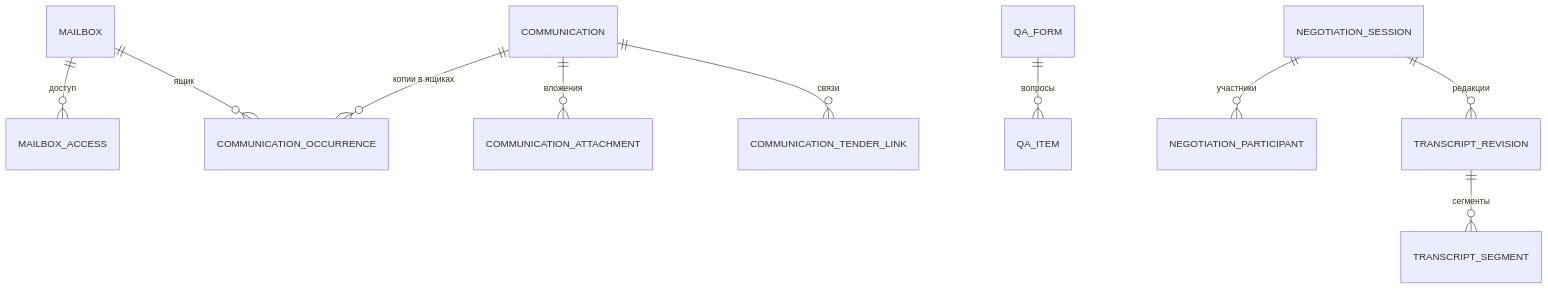
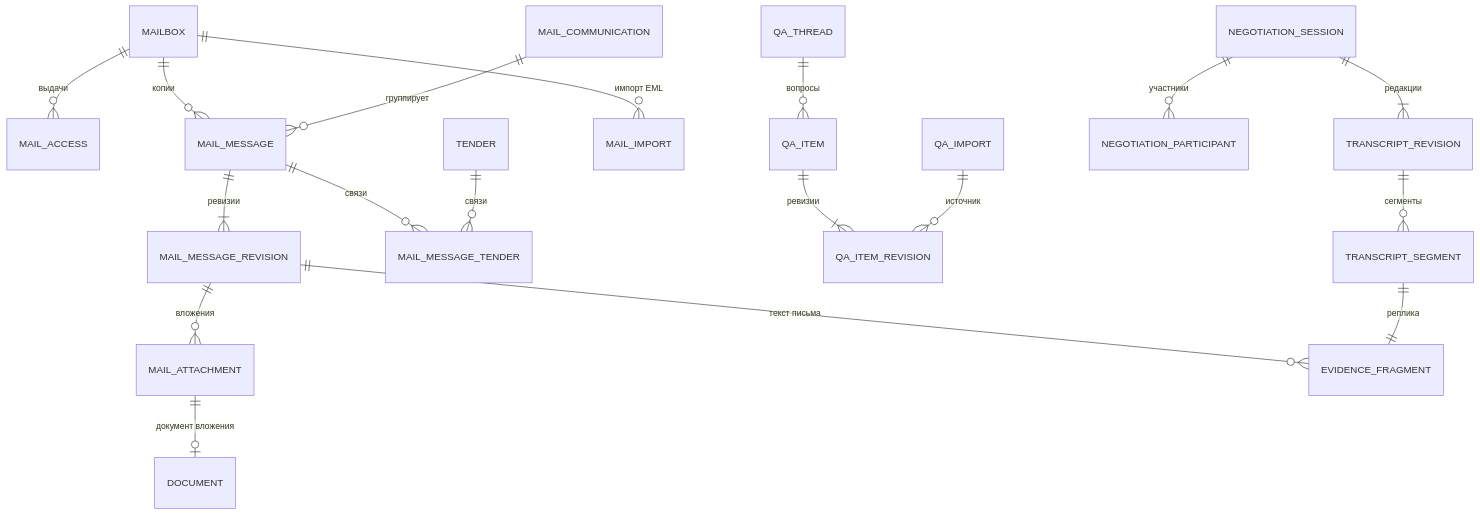
One commit to baldmaxim/ConturKP changed the fifth of 5 diagrams in docs/architecture/data-model.md. Above: the diagram before and after it, drawn with Mermaid. The commit also changed other lines of this file and 65 other files, not shown here.

Commit message:
Этап 07: интерфейс почты, вопросов–ответов и переговоров; реплика переговоров в ветке тендера (И-07-7) и пометка расхождения ревизии (И-07-2); документы, отчёт и журналы проверок для Review 07-1.

````diff
--- a/docs/architecture/data-model.md
+++ b/docs/architecture/data-model.md
@@ -143,12 +145,20 @@
 ```mermaid
 erDiagram
-  MAILBOX ||--o{ MAILBOX_ACCESS : "доступ"
-  COMMUNICATION ||--o{ COMMUNICATION_OCCURRENCE : "копии в ящиках"
-  MAILBOX ||--o{ COMMUNICATION_OCCURRENCE : "ящик"
-  COMMUNICATION ||--o{ COMMUNICATION_ATTACHMENT : "вложения"
-  COMMUNICATION ||--o{ COMMUNICATION_TENDER_LINK : "связи"
-  QA_FORM ||--o{ QA_ITEM : "вопросы"
+  MAILBOX ||--o{ MAIL_ACCESS : "выдачи"
+  MAILBOX ||--o{ MAIL_MESSAGE : "копии"
+  MAIL_COMMUNICATION ||--o{ MAIL_MESSAGE : "группирует"
+  MAIL_MESSAGE ||--|{ MAIL_MESSAGE_REVISION : "ревизии"
+  MAIL_MESSAGE_REVISION ||--o{ MAIL_ATTACHMENT : "вложения"
+  MAIL_ATTACHMENT ||--o| DOCUMENT : "документ вложения"
+  MAIL_MESSAGE_REVISION ||--o{ EVIDENCE_FRAGMENT : "текст письма"
+  MAIL_MESSAGE ||--o{ MAIL_MESSAGE_TENDER : "связи"
+  TENDER ||--o{ MAIL_MESSAGE_TENDER : "связи"
+  MAILBOX ||--o{ MAIL_IMPORT : "импорт EML"
+  QA_THREAD ||--o{ QA_ITEM : "вопросы"
+  QA_ITEM ||--|{ QA_ITEM_REVISION : "ревизии"
+  QA_IMPORT ||--o{ QA_ITEM_REVISION : "источник"
   NEGOTIATION_SESSION ||--o{ NEGOTIATION_PARTICIPANT : "участники"
-  NEGOTIATION_SESSION ||--o{ TRANSCRIPT_REVISION : "редакции"
+  NEGOTIATION_SESSION ||--|{ TRANSCRIPT_REVISION : "редакции"
   TRANSCRIPT_REVISION ||--o{ TRANSCRIPT_SEGMENT : "сегменты"
+  TRANSCRIPT_SEGMENT ||--|| EVIDENCE_FRAGMENT : "реплика"
 ```
````
